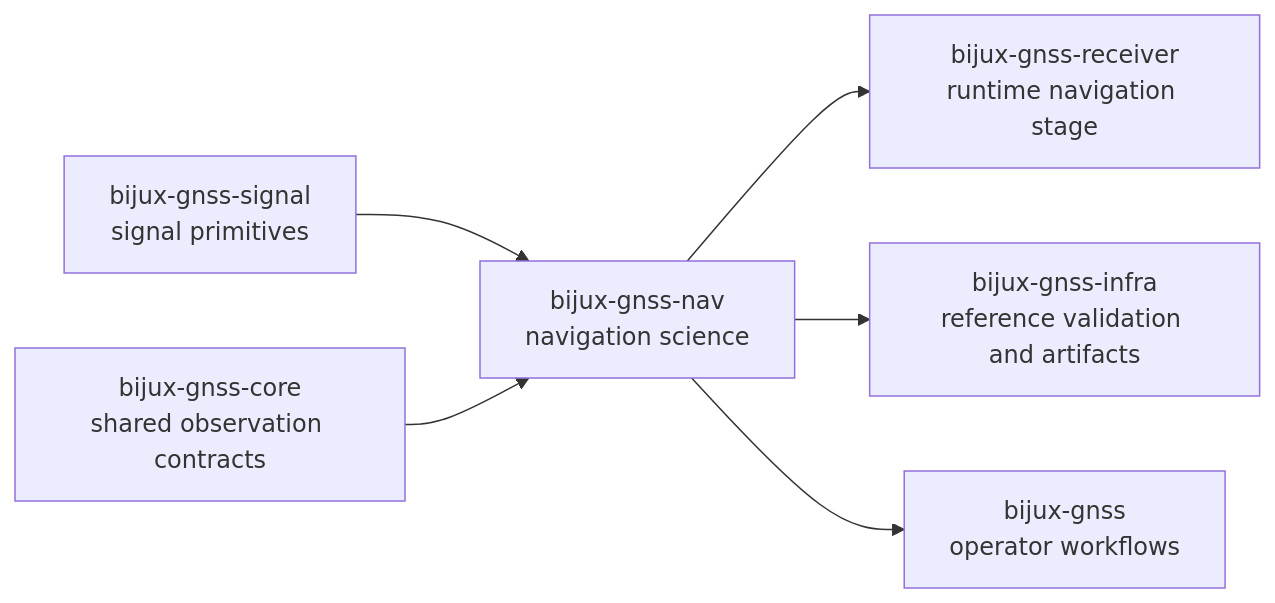
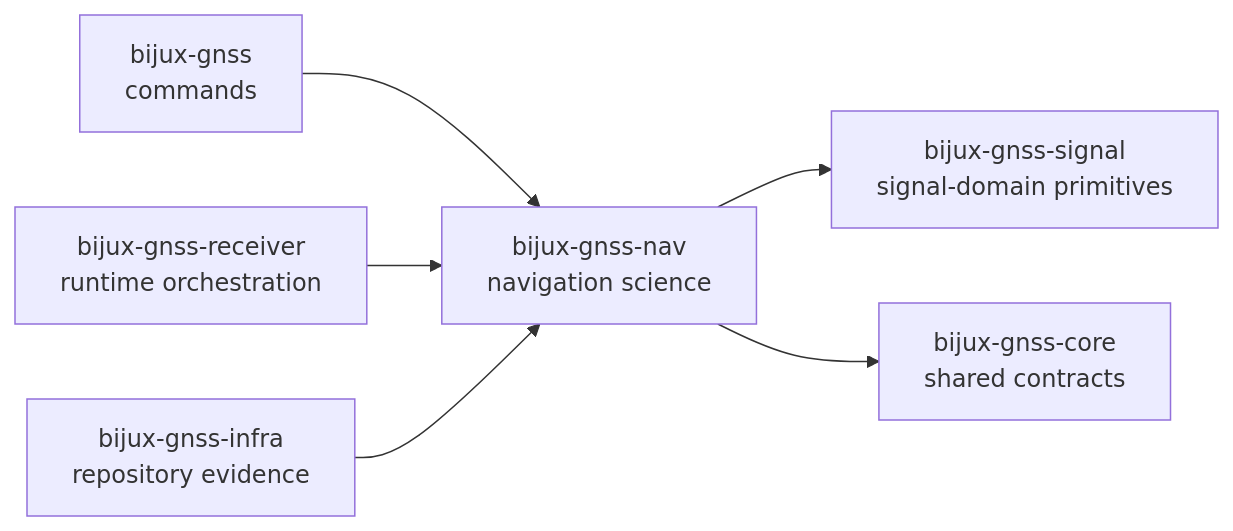
Before and after one commit to bijux/bijux-telecom: the diagram in docs/04-bijux-gnss-nav/index.md, drawn with Mermaid. The commit also changed other lines of this file and 13 other files, not shown here.

````diff
--- a/docs/04-bijux-gnss-nav/index.md
+++ b/docs/04-bijux-gnss-nav/index.md
@@ -21,15 +23,15 @@
 ```mermaid
 flowchart LR
-    signal["bijux-gnss-signal<br/>signal primitives"]
-    core["bijux-gnss-core<br/>shared observation contracts"]
+    gnss["bijux-gnss<br/>commands"]
+    receiver["bijux-gnss-receiver<br/>runtime orchestration"]
     nav["bijux-gnss-nav<br/>navigation science"]
-    receiver["bijux-gnss-receiver<br/>runtime navigation stage"]
-    infra["bijux-gnss-infra<br/>reference validation and artifacts"]
-    gnss["bijux-gnss<br/>operator workflows"]
+    signal["bijux-gnss-signal<br/>signal-domain primitives"]
+    core["bijux-gnss-core<br/>shared contracts"]
+    infra["bijux-gnss-infra<br/>repository evidence"]
 
-    signal --> nav
-    core --> nav
-    nav --> receiver
-    nav --> infra
-    nav --> gnss
+    gnss --> nav
+    receiver --> nav
+    nav --> signal
+    nav --> core
+    infra --> nav
 ```
````
